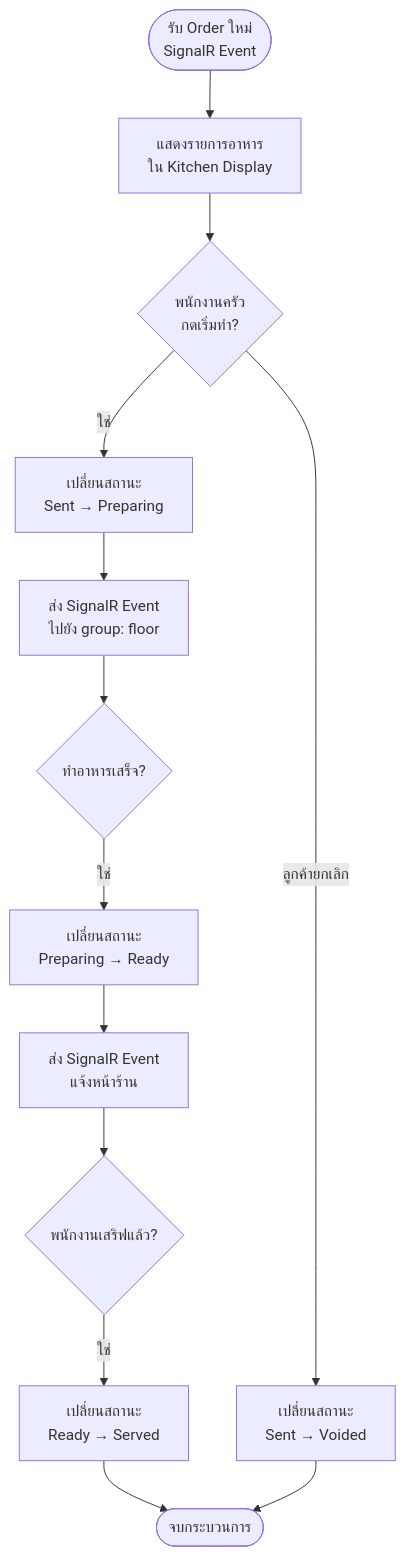
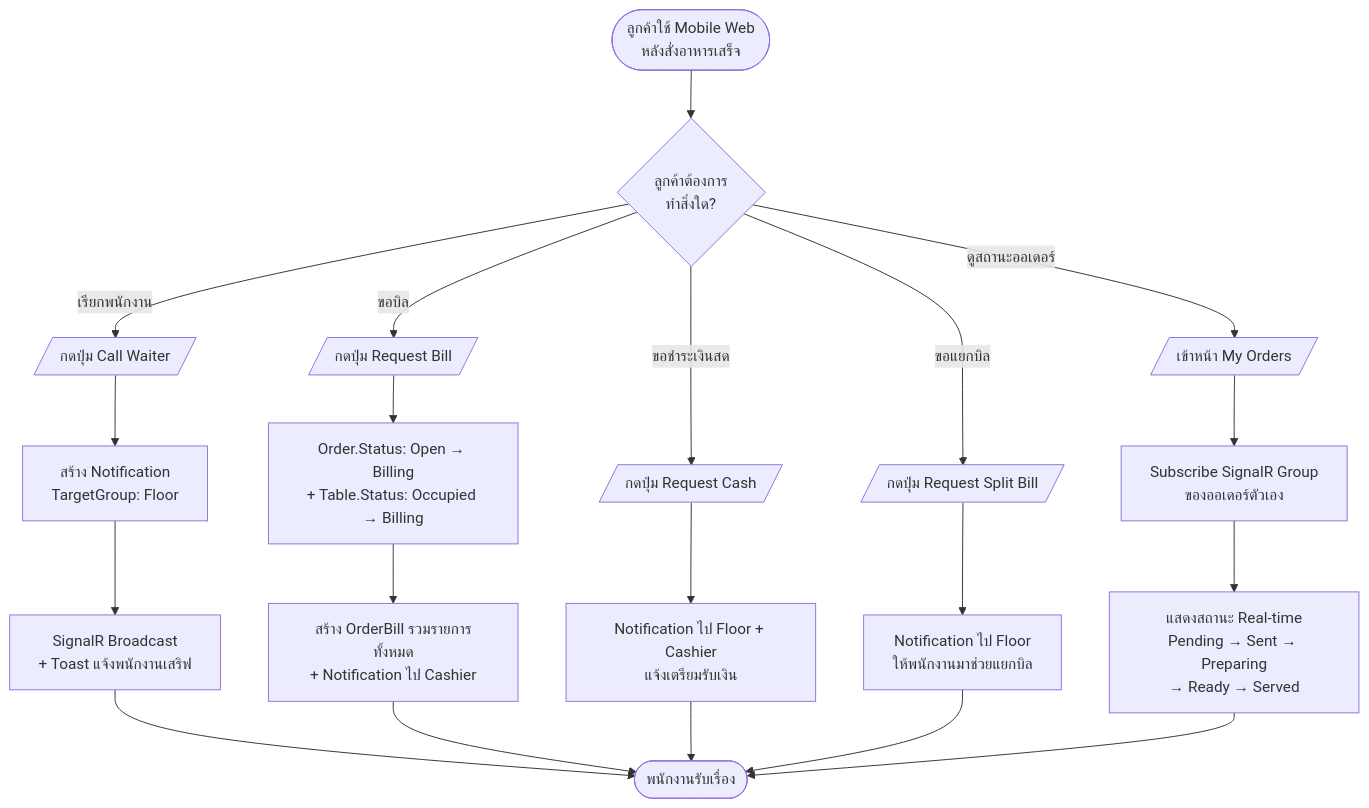
Diagram 21 of 28 in doc/report/05-chapter-3-design.md (TurkPhakim/RBMS-POS-Website), drawn with Mermaid before and after one commit. The commit also changed other lines of this file and 9 other files, not shown here.

````diff
--- a/doc/report/05-chapter-3-design.md
+++ b/doc/report/05-chapter-3-design.md
@@ -395,15 +819,22 @@
 ```mermaid
 flowchart TD
-    A([รับ Order ใหม่<br/>SignalR Event]) --> B[แสดงรายการอาหาร<br/>ใน Kitchen Display]
-    B --> C{พนักงานครัว<br/>กดเริ่มทำ?}
-    C -- ใช่ --> D[เปลี่ยนสถานะ<br/>Sent → Preparing]
-    D --> E[ส่ง SignalR Event<br/>ไปยัง group: floor]
-    E --> F{ทำอาหารเสร็จ?}
-    F -- ใช่ --> G[เปลี่ยนสถานะ<br/>Preparing → Ready]
-    G --> H[ส่ง SignalR Event<br/>แจ้งหน้าร้าน]
-    H --> I{พนักงานเสริฟแล้ว?}
-    I -- ใช่ --> J[เปลี่ยนสถานะ<br/>Ready → Served]
-    J --> K([จบกระบวนการ])
-    C -- ลูกค้ายกเลิก --> L[เปลี่ยนสถานะ<br/>Sent → Voided]
-    L --> K
+    A([ลูกค้าใช้ Mobile Web<br/>หลังสั่งอาหารเสร็จ]) --> B{ลูกค้าต้องการ<br/>ทำสิ่งใด?}
+    B -- เรียกพนักงาน --> C[/กดปุ่ม Call Waiter/]
+    C --> D[สร้าง Notification<br/>TargetGroup: Floor]
+    D --> E[SignalR Broadcast<br/>+ Toast แจ้งพนักงานเสริฟ]
+    B -- ขอบิล --> F[/กดปุ่ม Request Bill/]
+    F --> G[Order.Status: Open → Billing<br/>+ Table.Status: Occupied → Billing]
+    G --> H[สร้าง OrderBill รวมรายการทั้งหมด<br/>+ Notification ไป Cashier]
+    B -- ขอชำระเงินสด --> I[/กดปุ่ม Request Cash/]
+    I --> J[Notification ไป Floor + Cashier<br/>แจ้งเตรียมรับเงิน]
+    B -- ขอแยกบิล --> K[/กดปุ่ม Request Split Bill/]
+    K --> L[Notification ไป Floor<br/>ให้พนักงานมาช่วยแยกบิล]
+    B -- ดูสถานะออเดอร์ --> M[/เข้าหน้า My Orders/]
+    M --> N[Subscribe SignalR Group<br/>ของออเดอร์ตัวเอง]
+    N --> O[แสดงสถานะ Real-time<br/>Pending → Sent → Preparing<br/>→ Ready → Served]
+    E --> P([พนักงานรับเรื่อง])
+    H --> P
+    J --> P
+    L --> P
+    O --> P
 ```
````
